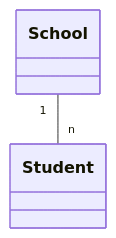
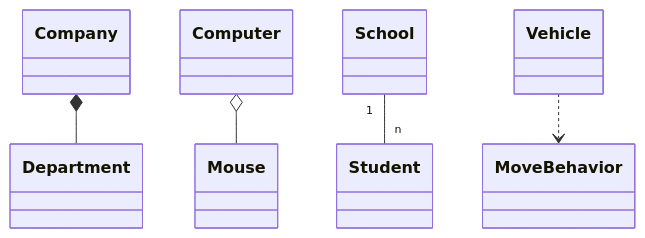
Before and after one commit to 0xcaffebabe/note: the diagram in doc/编程语言/编程范式/面向对象.md, drawn with Mermaid. The commit also changed other lines of this file and 3 other files, not shown here.

````diff
--- a/doc/编程语言/编程范式/面向对象.md
+++ b/doc/编程语言/编程范式/面向对象.md
@@ -118,4 +133,7 @@
 ```mermaid
 classDiagram
+    Company *-- Department
+    Computer o-- Mouse
     School "1" -- "n" Student
+    Vehicle ..> MoveBehavior
 ```
````
